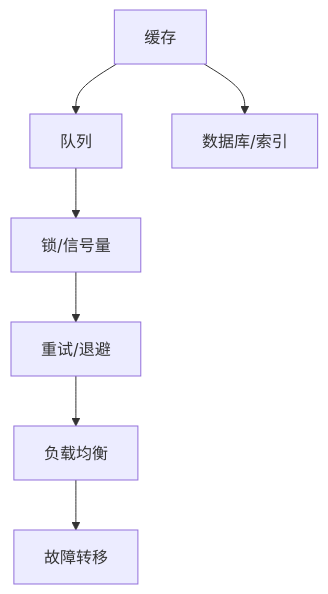
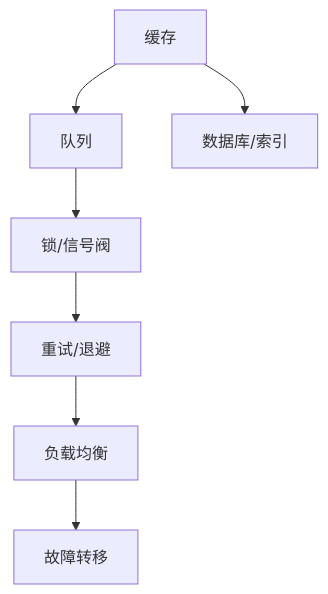
The ninth of 10 diagrams in .qoder/repowiki/zh/content/网关服务器/网关服务器增强.md (verse-ai-org/openclaw), drawn with Mermaid before and after one commit. The commit also changed other lines of this file and 14 other files, not shown here.

````diff
--- a/.qoder/repowiki/zh/content/网关服务器/网关服务器增强.md
+++ b/.qoder/repowiki/zh/content/网关服务器/网关服务器增强.md
@@ -834,9 +945,9 @@
 ```mermaid
 graph TB
 Cache["缓存"] --> Queue["队列"]
-Queue --> Lock["锁/信号量"]
+Queue --> Lock["锁/信号阀"]
 Lock --> Retry["重试/退避"]
 Retry --> LB["负载均衡"]
 LB --> Failover["故障转移"]
 Cache --> DB["数据库/索引"]
 ```
````
